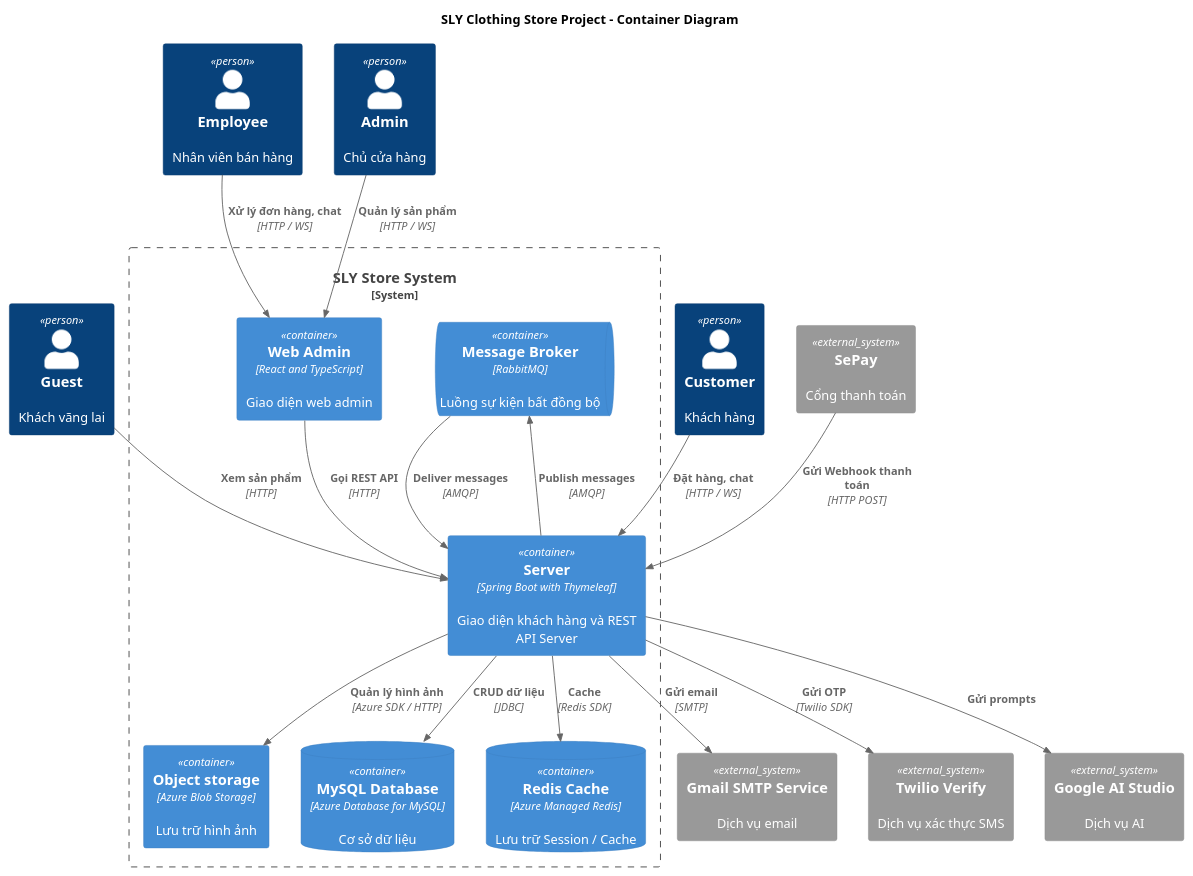
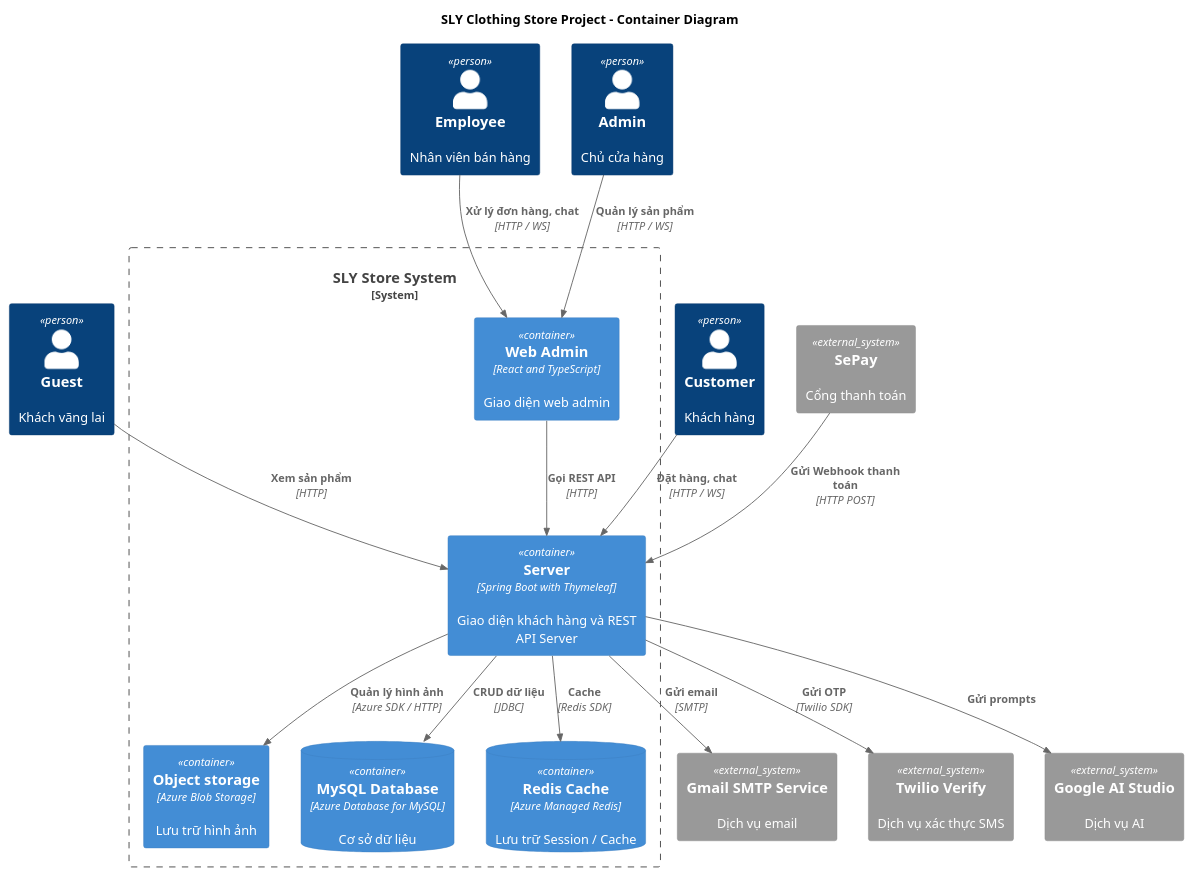
Before and after one commit to ptus04/store-project: the diagram in .docs/C4Model-Container.puml, drawn with PlantUML. The commit also changed 6 other files, not shown here.

```diff
--- a/.docs/C4Model-Container.puml
+++ b/.docs/C4Model-Container.puml
@@ -1,43 +1,40 @@
 @startuml
 !include <C4/C4_Container>
 
 title SLY Clothing Store Project - Container Diagram
 
 Person(guest, "Guest", "Khách vãng lai")
 Person(customer, "Customer", "Khách hàng")
 Person(employee, "Employee", "Nhân viên bán hàng")
 Person(admin, "Admin", "Chủ cửa hàng")
 
 System_Boundary(storeSystem, "SLY Store System") {
     Container(webAdmin, "Web Admin", "React and TypeScript", "Giao diện web admin")
     Container(server, "Server", "Spring Boot with Thymeleaf", "Giao diện khách hàng và REST API Server")
 
     Container(azureBlob, "Object storage", "Azure Blob Storage", "Lưu trữ hình ảnh")
     ContainerDb(azureMySQL, "MySQL Database", "Azure Database for MySQL", "Cơ sở dữ liệu")
     ContainerDb(azureRedis, "Redis Cache", "Azure Managed Redis", "Lưu trữ Session / Cache")
-    ContainerQueue(rabbitMq, "Message Broker", "RabbitMQ", "Luồng sự kiện bất đồng bộ")
 }
 
 System_Ext(sepay, "SePay", "Cổng thanh toán")
 System_Ext(gmail, "Gmail SMTP Service", "Dịch vụ email")
 System_Ext(twilio, "Twilio Verify", "Dịch vụ xác thực SMS")
 System_Ext(googleAi, "Google AI Studio", "Dịch vụ AI")
 
 Rel(webAdmin, server, "Gọi REST API", "HTTP")
 
 Rel(guest, server, "Xem sản phẩm", "HTTP")
 Rel(customer, server, "Đặt hàng, chat", "HTTP / WS")
 Rel(employee, webAdmin, "Xử lý đơn hàng, chat", "HTTP / WS")
 Rel(admin, webAdmin, "Quản lý sản phẩm", "HTTP / WS")
 
 Rel(server, azureBlob, "Quản lý hình ảnh", "Azure SDK / HTTP")
 Rel(server, azureRedis, "Cache", "Redis SDK")
 Rel(server, azureMySQL, "CRUD dữ liệu", "JDBC")
 Rel(server, gmail, "Gửi email", "SMTP")
 Rel(server, twilio, "Gửi OTP", "Twilio SDK")
-Rel(server, rabbitMq, "Publish messages", "AMQP")
-Rel_R(rabbitMq, server, "Deliver messages", "AMQP")
 Rel(server, googleAi, "Gửi prompts")
 
 Rel(sepay, server, "Gửi Webhook thanh toán", "HTTP POST")
 @enduml
```
